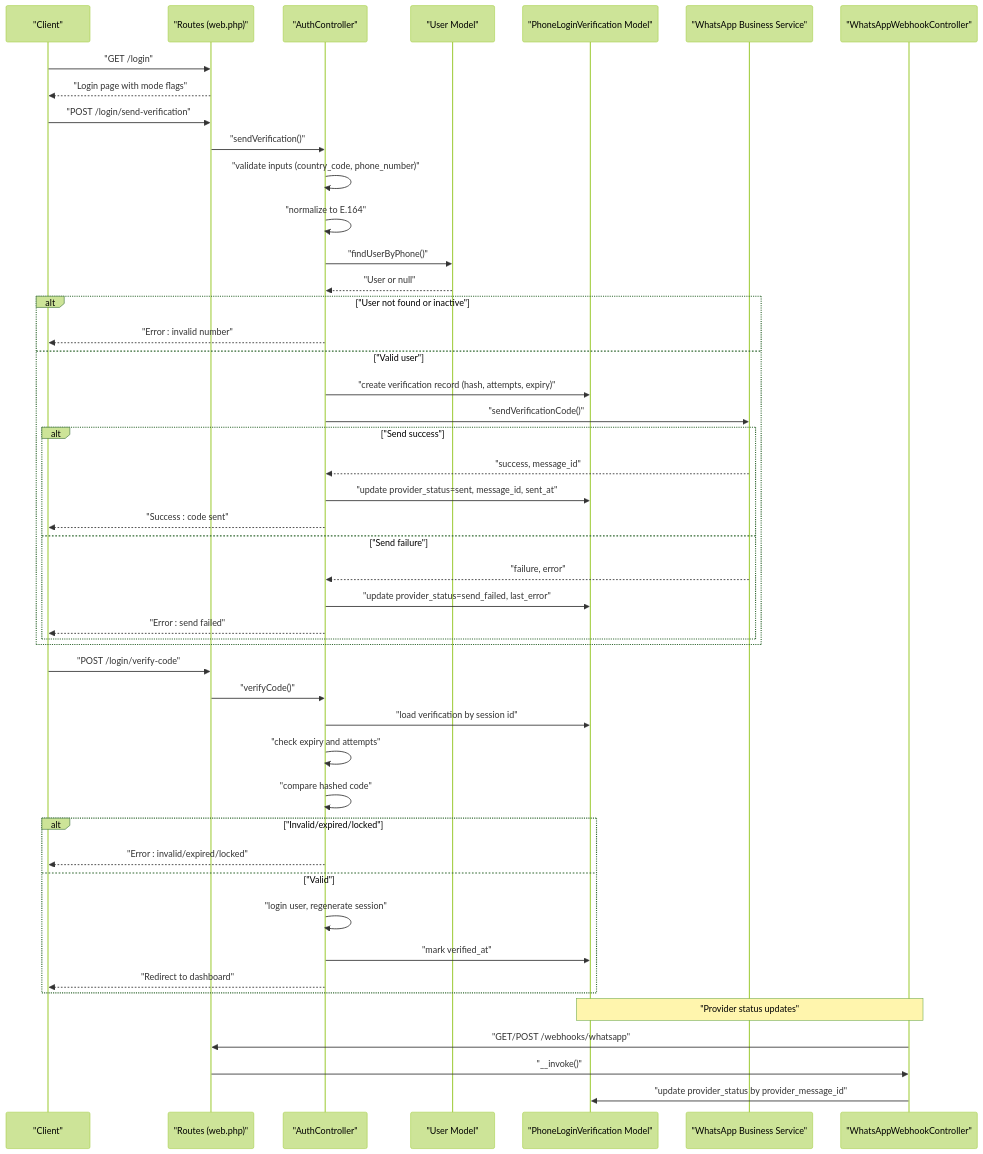
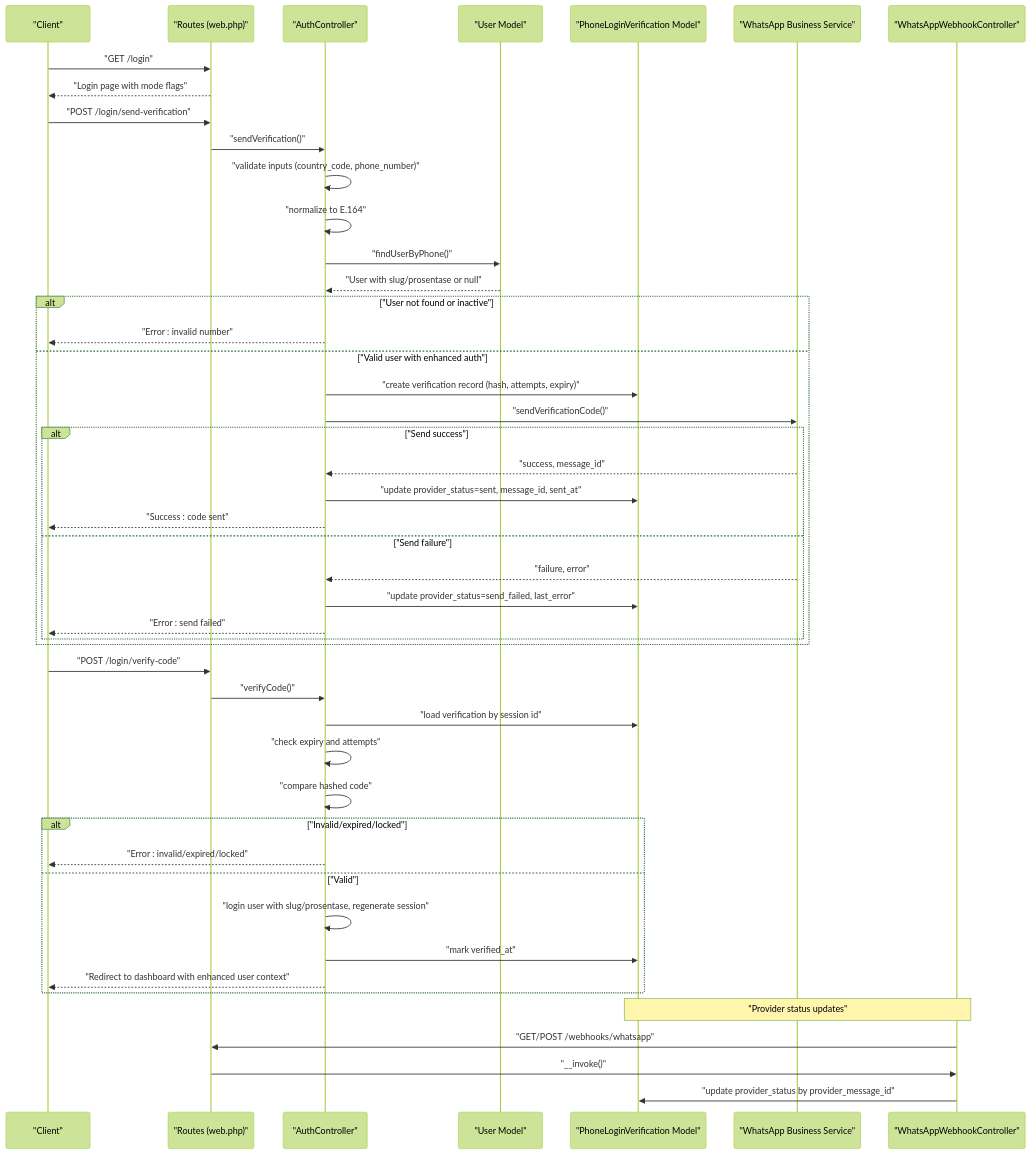
Before and after one commit to rudicatsmile/assesment360: the second of 4 diagrams in .qoder/repowiki/en/content/Data Models & Database Schema/Authentication Entities.md, drawn with Mermaid (forest theme). The commit also changed other lines of this file and 10 other files, not shown here.

First line of the commit message:
feat(auth): enhance user model with slug and prosentase fields

````diff
--- a/.qoder/repowiki/en/content/Data Models & Database Schema/Authentication Entities.md
+++ b/.qoder/repowiki/en/content/Data Models & Database Schema/Authentication Entities.md
@@ -104,49 +125,49 @@
 ```mermaid
 sequenceDiagram
 participant Client as "Client"
 participant Routes as "Routes (web.php)"
 participant AuthC as "AuthController"
 participant UserM as "User Model"
 participant VerM as "PhoneLoginVerification Model"
 participant WA as "WhatsApp Business Service"
 participant Hook as "WhatsAppWebhookController"
 Client->>Routes : "GET /login"
 Routes-->>Client : "Login page with mode flags"
 Client->>Routes : "POST /login/send-verification"
 Routes->>AuthC : "sendVerification()"
 AuthC->>AuthC : "validate inputs (country_code, phone_number)"
 AuthC->>AuthC : "normalize to E.164"
 AuthC->>UserM : "findUserByPhone()"
-UserM-->>AuthC : "User or null"
+UserM-->>AuthC : "User with slug/prosentase or null"
 alt "User not found or inactive"
 AuthC-->>Client : "Error : invalid number"
-else "Valid user"
+else "Valid user with enhanced auth"
 AuthC->>VerM : "create verification record (hash, attempts, expiry)"
 AuthC->>WA : "sendVerificationCode()"
 alt "Send success"
 WA-->>AuthC : "success, message_id"
 AuthC->>VerM : "update provider_status=sent, message_id, sent_at"
 AuthC-->>Client : "Success : code sent"
 else "Send failure"
 WA-->>AuthC : "failure, error"
 AuthC->>VerM : "update provider_status=send_failed, last_error"
 AuthC-->>Client : "Error : send failed"
 end
 end
 Client->>Routes : "POST /login/verify-code"
 Routes->>AuthC : "verifyCode()"
 AuthC->>VerM : "load verification by session id"
 AuthC->>AuthC : "check expiry and attempts"
 AuthC->>AuthC : "compare hashed code"
 alt "Invalid/expired/locked"
 AuthC-->>Client : "Error : invalid/expired/locked"
 else "Valid"
-AuthC->>AuthC : "login user, regenerate session"
+AuthC->>AuthC : "login user with slug/prosentase, regenerate session"
 AuthC->>VerM : "mark verified_at"
-AuthC-->>Client : "Redirect to dashboard"
+AuthC-->>Client : "Redirect to dashboard with enhanced user context"
 end
 Note over Hook,VerM : "Provider status updates"
 Hook->>Routes : "GET/POST /webhooks/whatsapp"
 Routes->>Hook : "__invoke()"
 Hook->>VerM : "update provider_status by provider_message_id"
 ```
````
